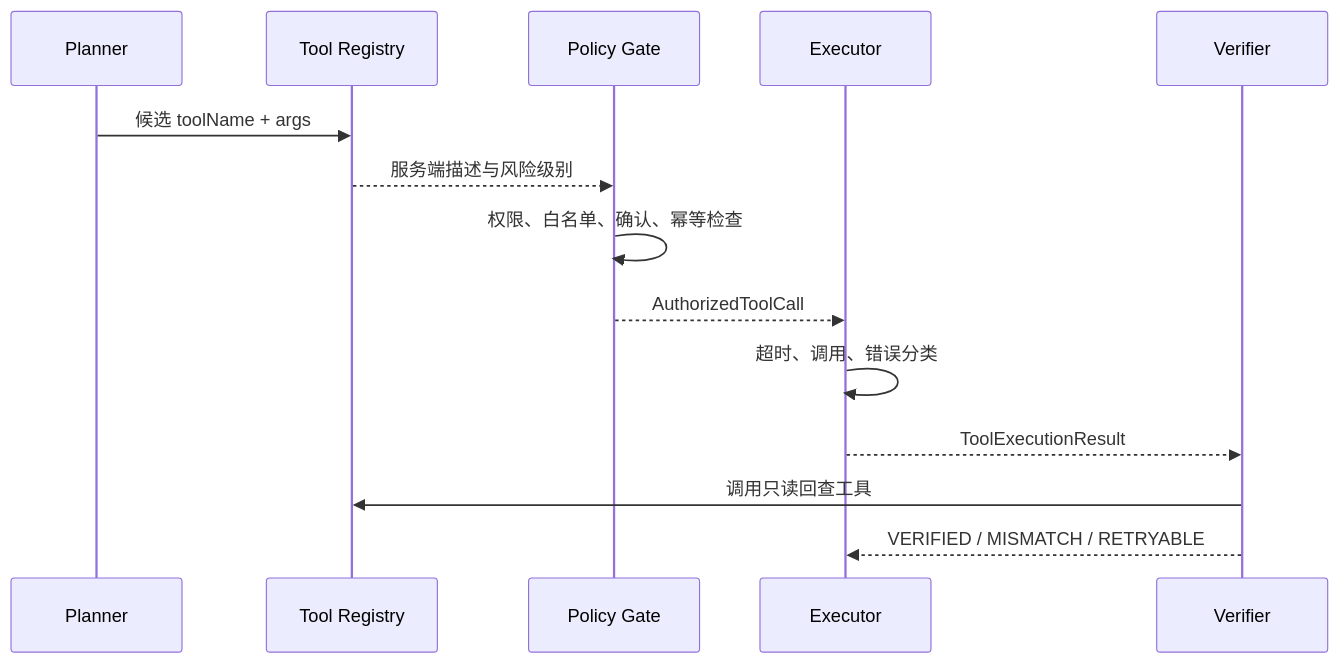
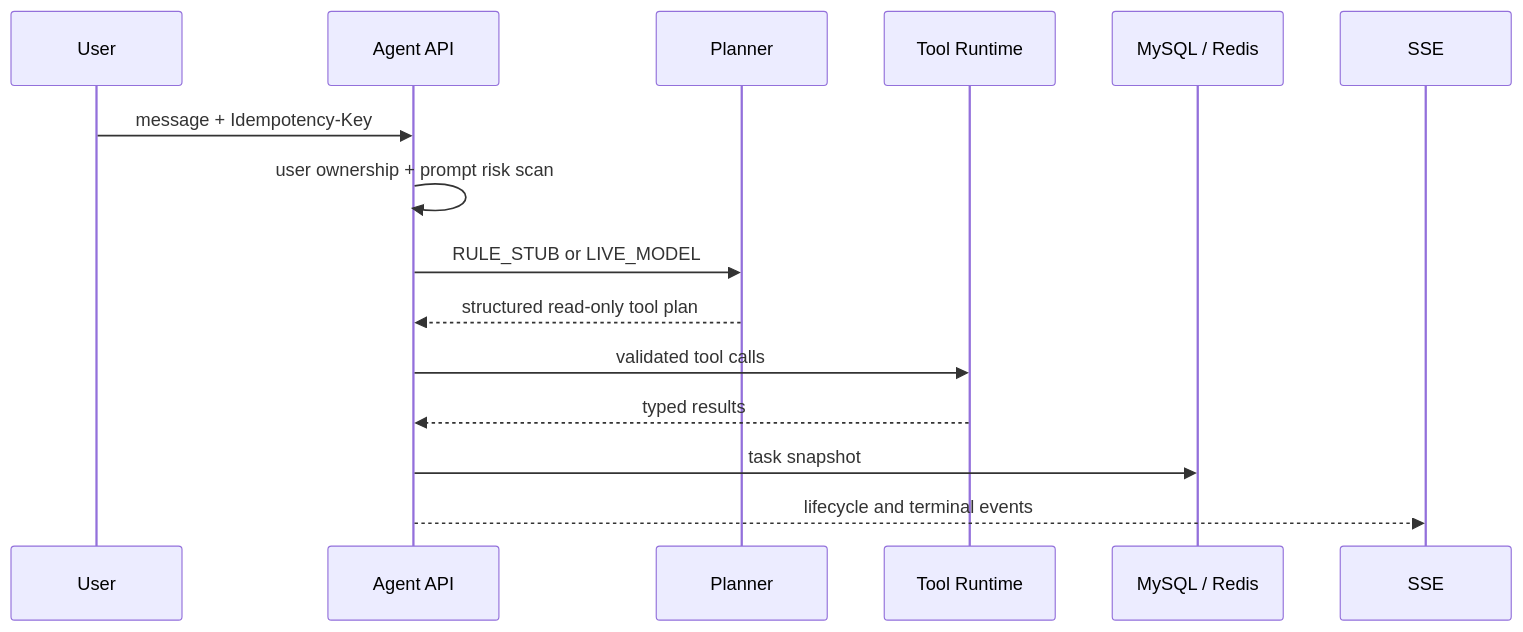
One commit to fanhualuoxianting/roadmind-agent changed the second of 2 diagrams in docs/architecture.md. Above: the diagram before and after it, drawn with Mermaid. The commit also changed other lines of this file and 23 other files, not shown here.

````diff
--- a/docs/architecture.md
+++ b/docs/architecture.md
@@ -213,16 +75,18 @@
 ```mermaid
 sequenceDiagram
+    participant U as User
+    participant A as Agent API
     participant P as Planner
-    participant R as Tool Registry
-    participant G as Policy Gate
-    participant X as Executor
-    participant V as Verifier
-    P->>R: 候选 toolName + args
-    R-->>G: 服务端描述与风险级别
-    G->>G: 权限、白名单、确认、幂等检查
-    G-->>X: AuthorizedToolCall
-    X->>X: 超时、调用、错误分类
-    X-->>V: ToolExecutionResult
-    V->>R: 调用只读回查工具
-    V-->>X: VERIFIED / MISMATCH / RETRYABLE
+    participant T as Tool Runtime
+    participant D as MySQL / Redis
+    participant E as SSE
+
+    U->>A: message + Idempotency-Key
+    A->>A: user ownership + prompt risk scan
+    A->>P: RULE_STUB or LIVE_MODEL
+    P-->>A: structured read-only tool plan
+    A->>T: validated tool calls
+    T-->>A: typed results
+    A->>D: task snapshot
+    A-->>E: lifecycle and terminal events
 ```
````
